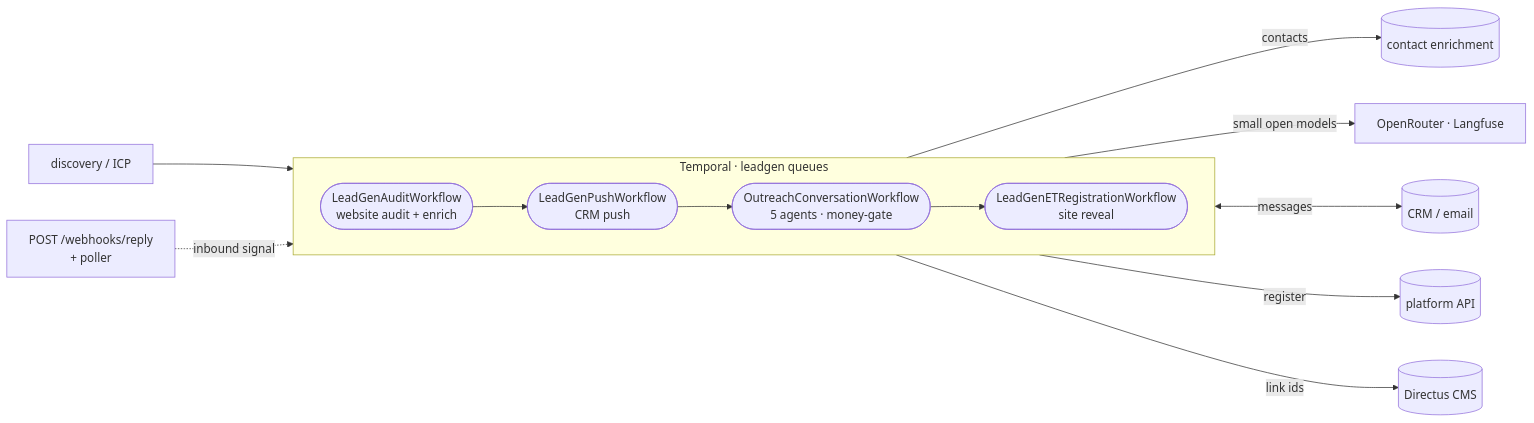
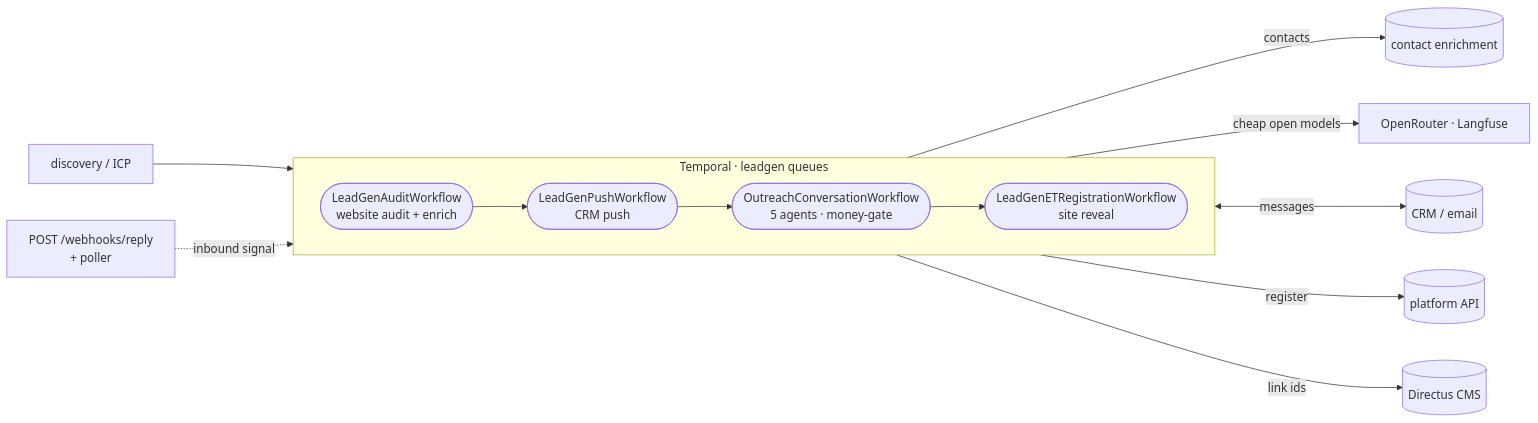
One commit to baranlanka/et-hotel-ai-showcase changed the third of 5 diagrams in docs/architecture/ARCHITECTURE.md. Above: the diagram before and after it, drawn with Mermaid. The commit also changed other lines of this file and 10 other files, not shown here.

First line of the commit message:
fix: correct per-operation models from Langfuse (authoritative)

````diff
--- a/docs/architecture/ARCHITECTURE.md
+++ b/docs/architecture/ARCHITECTURE.md
@@ -71,16 +71,16 @@
 ```mermaid
 flowchart LR
     DISC[discovery / ICP] --> AUD
     subgraph temporal2[Temporal · leadgen queues]
       direction LR
       AUD([LeadGenAuditWorkflow<br/>website audit + enrich]) --> PUSH([LeadGenPushWorkflow<br/>CRM push])
       PUSH --> CONV([OutreachConversationWorkflow<br/>5 agents · money-gate])
       CONV --> REVEAL([LeadGenETRegistrationWorkflow<br/>site reveal])
     end
     AUD -->|contacts| OUTS[(contact enrichment)]
-    CONV -->|small open models| LLM2[OpenRouter · Langfuse]
+    CONV -->|cheap open models| LLM2[OpenRouter · Langfuse]
     CONV <-->|messages| CRM[(CRM / email)]
     HOOK[POST /webhooks/reply<br/>+ poller] -. inbound signal .-> CONV
     REVEAL -->|register| ETAPI[(platform API)]
     REVEAL -->|link ids| CMS2[(Directus CMS)]
 ```
````
